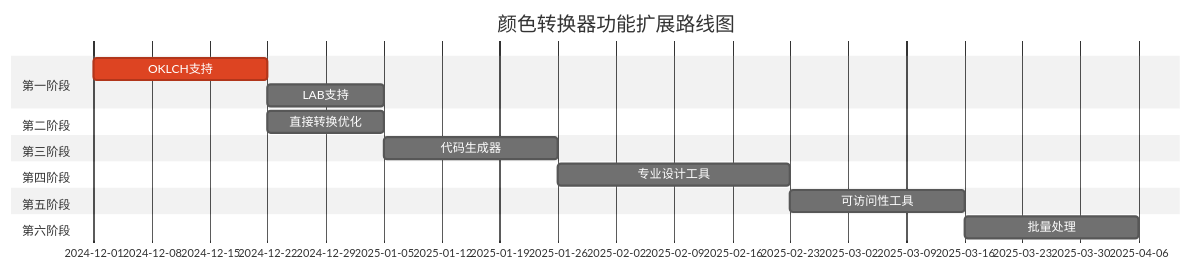
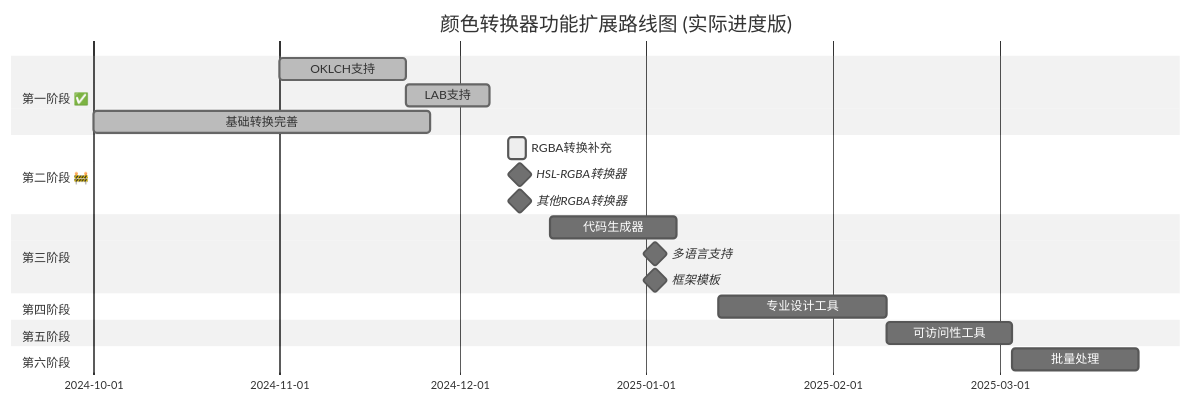
One commit to zhenhuamo/rgba-to-hex changed the diagram in Color_Converter_Feature_Expansion_Plan.md. Above: the diagram before and after it, drawn with Mermaid (neutral theme). The commit also changed other lines of this file and 8 other files, not shown here.

````diff
--- a/Color_Converter_Feature_Expansion_Plan.md
+++ b/Color_Converter_Feature_Expansion_Plan.md
@@ -395,18 +478,23 @@
 ```mermaid
 gantt
-    title 颜色转换器功能扩展路线图
+    title 颜色转换器功能扩展路线图 (实际进度版)
     dateFormat  YYYY-MM-DD
-    section 第一阶段
-    OKLCH支持           :crit, oklch, 2024-12-01, 3w
-    LAB支持            :lab, after oklch, 2w
-    section 第二阶段  
-    直接转换优化        :opt, 2024-12-22, 2w
+    section 第一阶段 ✅
+    OKLCH支持           :done, oklch, 2024-11-01, 3w
+    LAB支持            :done, lab, 2024-11-22, 2w
+    基础转换完善        :done, basic, 2024-10-01, 8w
+    section 第二阶段 🚧  
+    RGBA转换补充        :active, rgba-convert, 2024-12-09, 3d
+    HSL-RGBA转换器     :milestone, 2024-12-10
+    其他RGBA转换器     :milestone, 2024-12-12
     section 第三阶段
-    代码生成器         :codegen, 2025-01-05, 3w
+    代码生成器         :codegen, 2024-12-16, 3w
+    多语言支持         :milestone, 2024-12-30
+    框架模板           :milestone, 2025-01-06
     section 第四阶段
-    专业设计工具        :design, 2025-01-26, 4w
+    专业设计工具        :design, 2025-01-13, 4w
     section 第五阶段
-    可访问性工具        :a11y, 2025-02-23, 3w
+    可访问性工具        :a11y, 2025-02-10, 3w
     section 第六阶段
-    批量处理           :batch, 2025-03-16, 3w
+    批量处理           :batch, 2025-03-03, 3w
 ```
````
